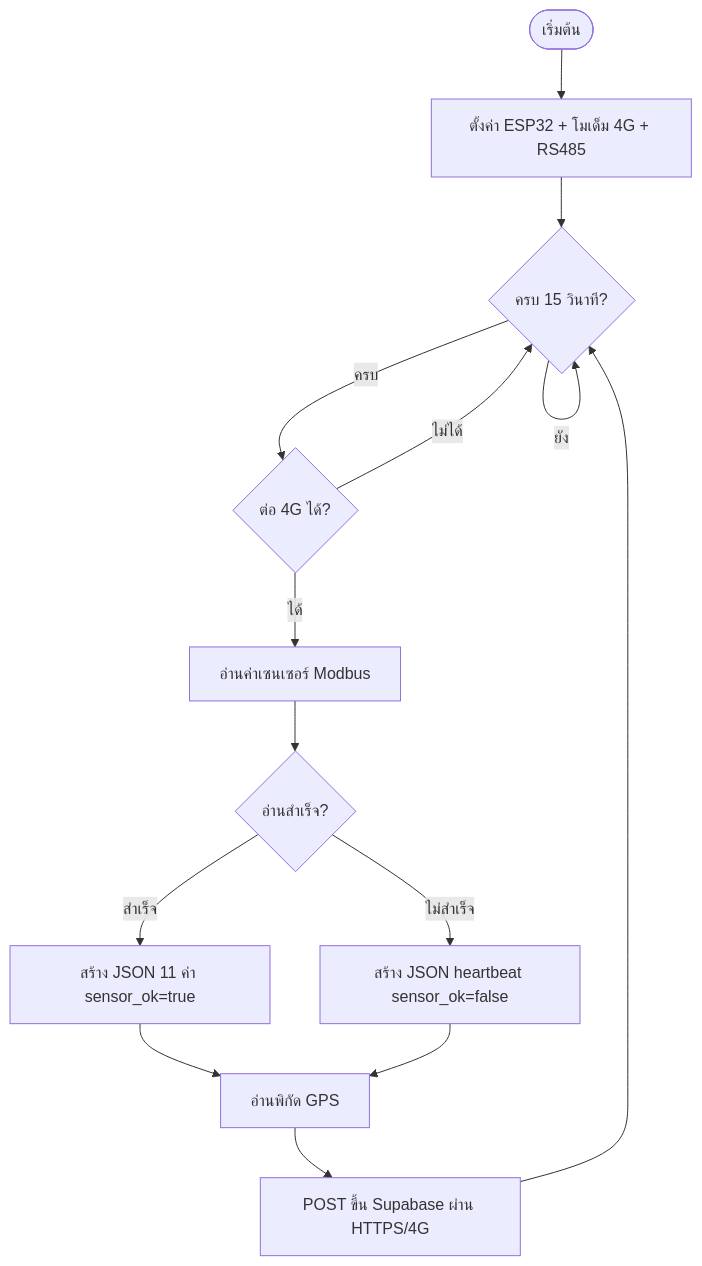
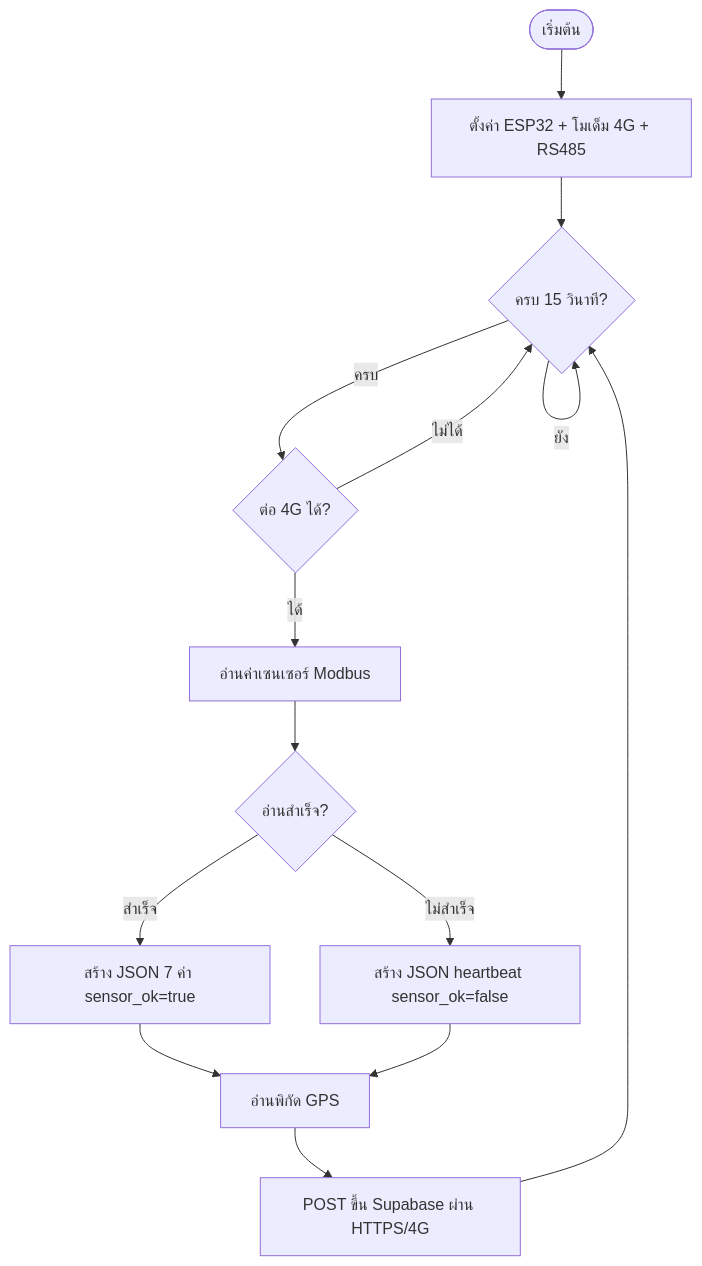
One commit to MERMAX04/Real-time-Marine-Water-Quality-Monitoring-Buoy-System changed the eighth of 10 diagrams in 5-extensions/07-thesis-chapters.md. Above: the diagram before and after it, drawn with Mermaid. The commit also changed other lines of this file and 11 other files, not shown here.

````diff
--- a/5-extensions/07-thesis-chapters.md
+++ b/5-extensions/07-thesis-chapters.md
@@ -240,16 +240,16 @@
 ```mermaid
 flowchart TD
   Start([เริ่มต้น]) --> Init[ตั้งค่า ESP32 + โมเด็ม 4G + RS485]
   Init --> Wait{ครบ 15 วินาที?}
   Wait -->|ยัง| Wait
   Wait -->|ครบ| Net{ต่อ 4G ได้?}
   Net -->|ไม่ได้| Wait
   Net -->|ได้| Read[อ่านค่าเซนเซอร์ Modbus]
   Read --> OK{อ่านสำเร็จ?}
-  OK -->|สำเร็จ| Build[สร้าง JSON 11 ค่า sensor_ok=true]
+  OK -->|สำเร็จ| Build[สร้าง JSON 7 ค่า sensor_ok=true]
   OK -->|ไม่สำเร็จ| HB[สร้าง JSON heartbeat sensor_ok=false]
   Build --> GPS[อ่านพิกัด GPS]
   HB --> GPS
   GPS --> Post[POST ขึ้น Supabase ผ่าน HTTPS/4G]
   Post --> Wait
 ```
````
